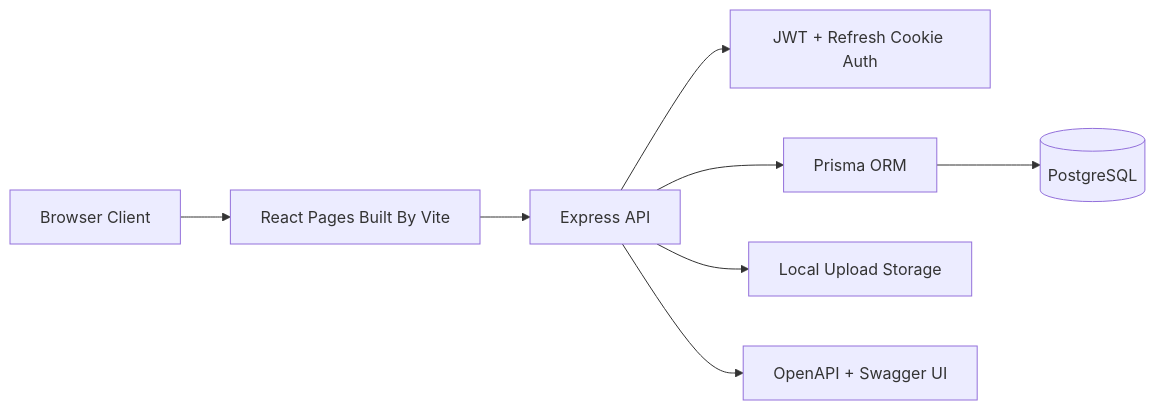
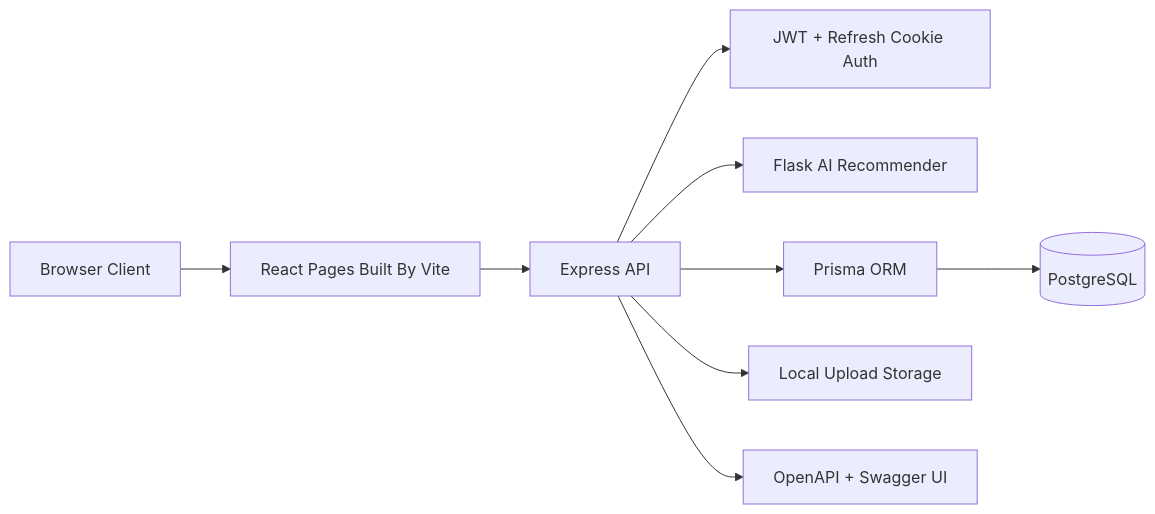
The first of 5 diagrams in README.md (E-m-ad/Graduation-Project), drawn with Mermaid before and after one commit. The commit also changed other lines of this file and 12 other files, not shown here.

````diff
--- a/README.md
+++ b/README.md
@@ -125,10 +128,11 @@
 ```mermaid
 flowchart LR
   Browser[Browser Client] --> Frontend[React Pages Built By Vite]
   Frontend --> API[Express API]
   API --> Auth[JWT + Refresh Cookie Auth]
+  API --> Recommender[Flask AI Recommender]
   API --> Prisma[Prisma ORM]
   Prisma --> Postgres[(PostgreSQL)]
   API --> Uploads[Local Upload Storage]
   API --> Docs[OpenAPI + Swagger UI]
 ```
````
